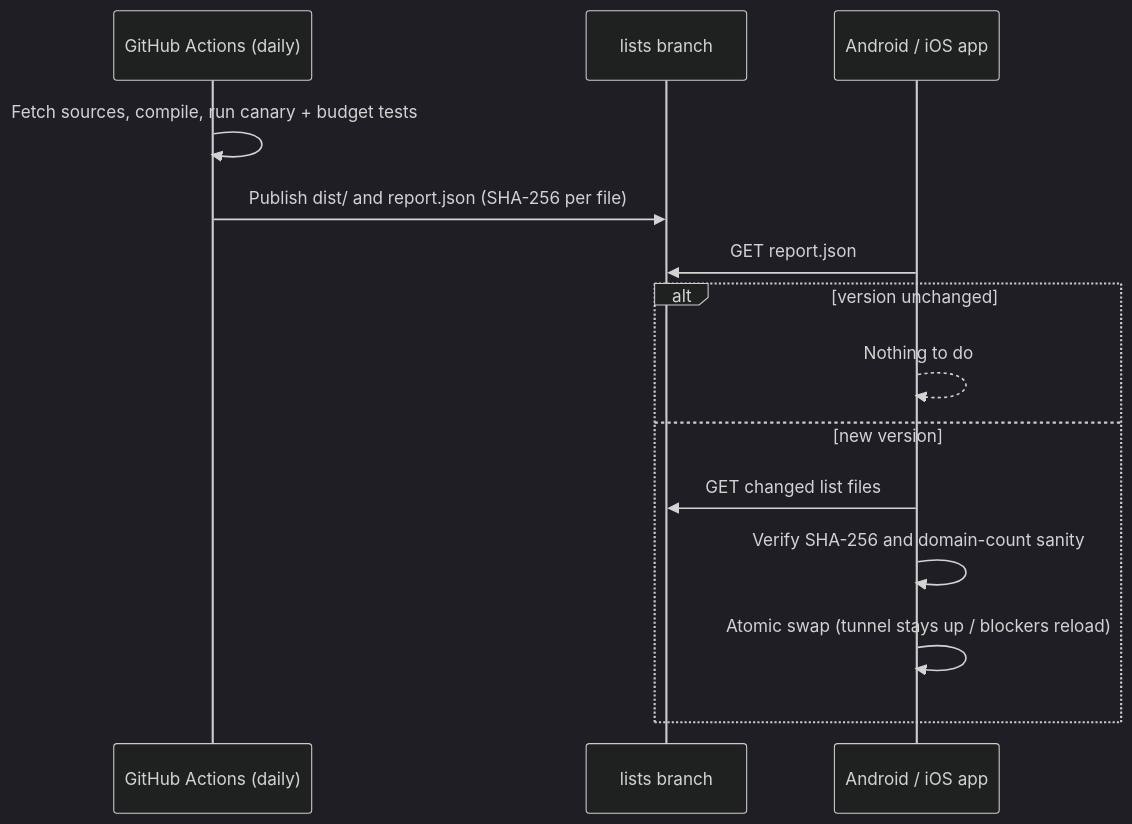
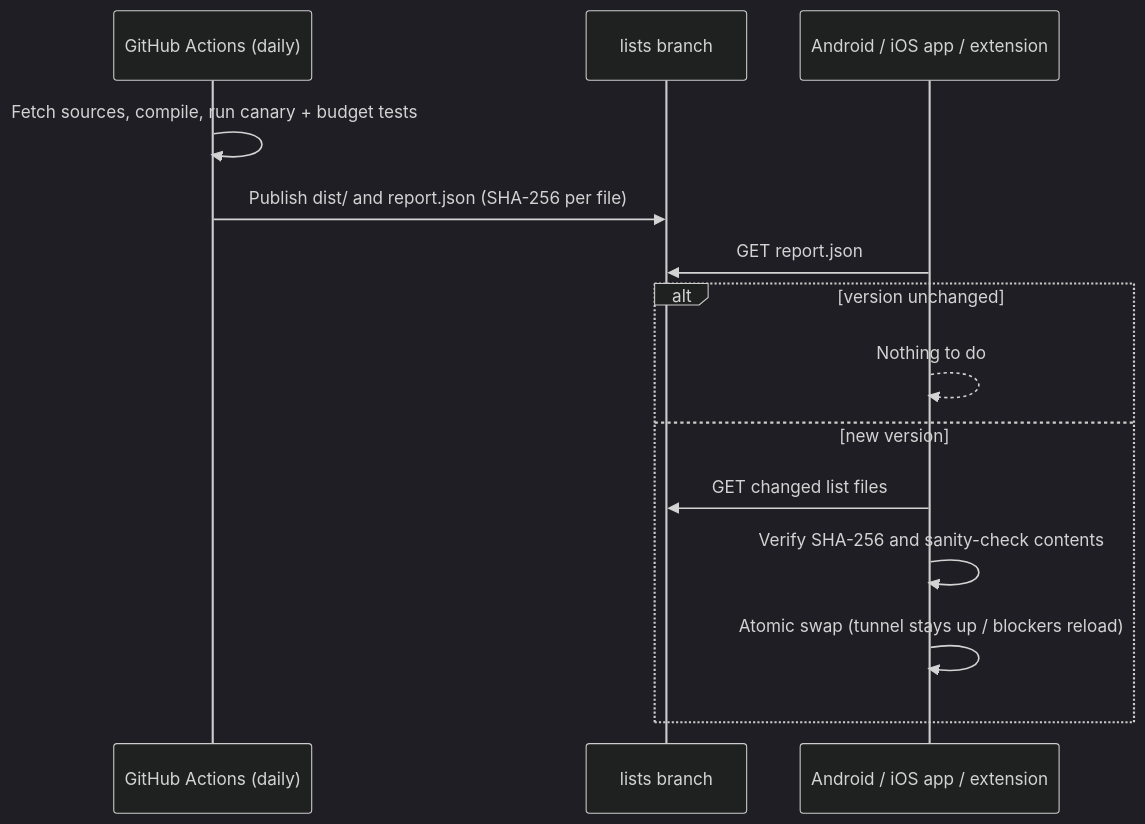
One commit to Keshav-gehlot/nullroute changed the eighth of 8 diagrams in README.md. Above: the diagram before and after it, drawn with Mermaid (dark theme). The commit also changed other lines of this file and 8 other files, not shown here.

First line of the commit message:
Docs: architecture diagram, README and screenshots for reputation, SNI inspection and cross-site detection

````diff
--- a/README.md
+++ b/README.md
@@ -150,16 +246,16 @@
 ```mermaid
 sequenceDiagram
   participant CI as GitHub Actions (daily)
   participant LB as lists branch
-  participant App as Android / iOS app
+  participant App as Android / iOS app / extension
   CI->>CI: Fetch sources, compile, run canary + budget tests
   CI->>LB: Publish dist/ and report.json (SHA-256 per file)
   App->>LB: GET report.json
   alt version unchanged
     App-->>App: Nothing to do
   else new version
     App->>LB: GET changed list files
-    App->>App: Verify SHA-256 and domain-count sanity
+    App->>App: Verify SHA-256 and sanity-check contents
     App->>App: Atomic swap (tunnel stays up / blockers reload)
   end
 ```
````
